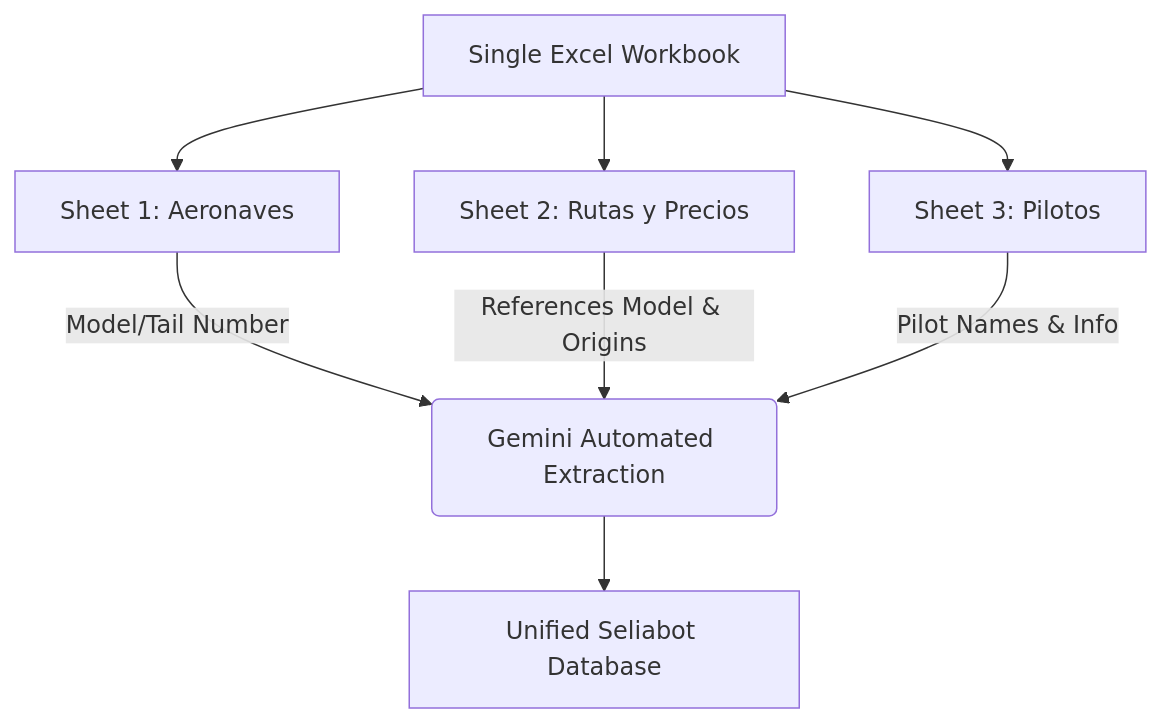
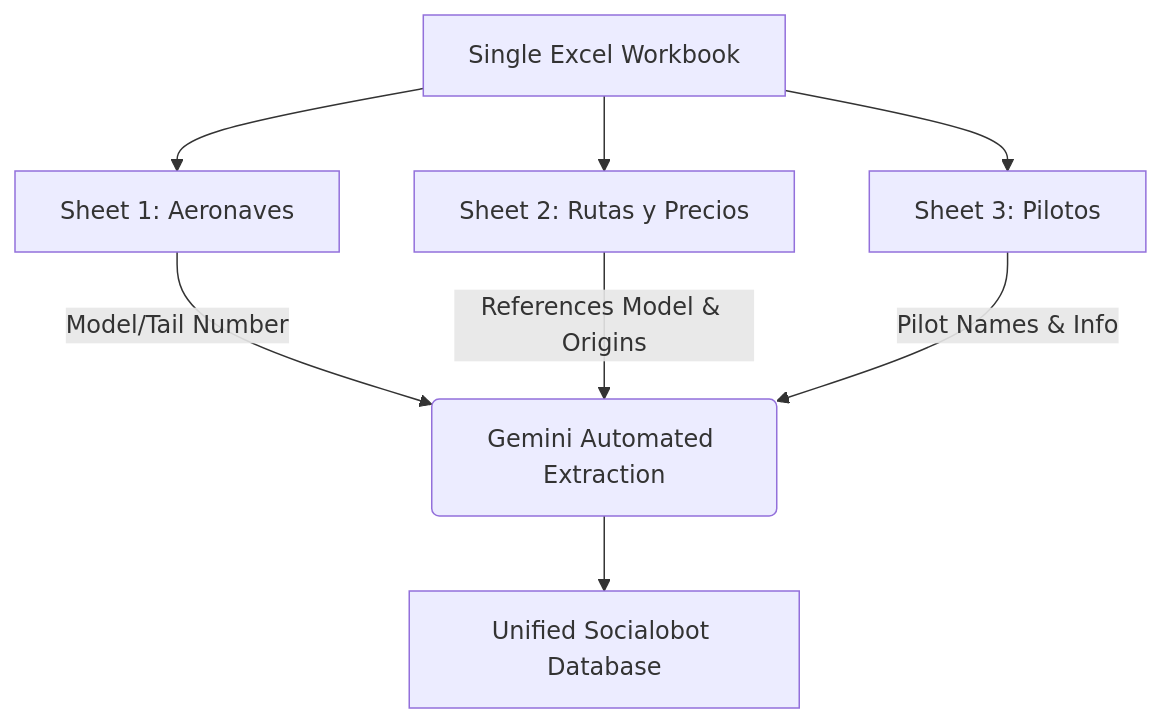
Before and after one commit to yasuguerra/socialobot: the diagram in .harness/engineering_harness/reports/aerorental_simulation.md, drawn with Mermaid. The commit also changed other lines of this file and 69 other files, not shown here.

````diff
--- a/.harness/engineering_harness/reports/aerorental_simulation.md
+++ b/.harness/engineering_harness/reports/aerorental_simulation.md
@@ -48,10 +48,10 @@
 ```mermaid
 graph TD
     A[Single Excel Workbook] --> B[Sheet 1: Aeronaves]
     A --> C[Sheet 2: Rutas y Precios]
     A --> D[Sheet 3: Pilotos]
     B -->|Model/Tail Number| E(Gemini Automated Extraction)
     C -->|References Model & Origins| E
     D -->|Pilot Names & Info| E
-    E --> F[Unified Seliabot Database]
+    E --> F[Unified Socialobot Database]
 ```
````
